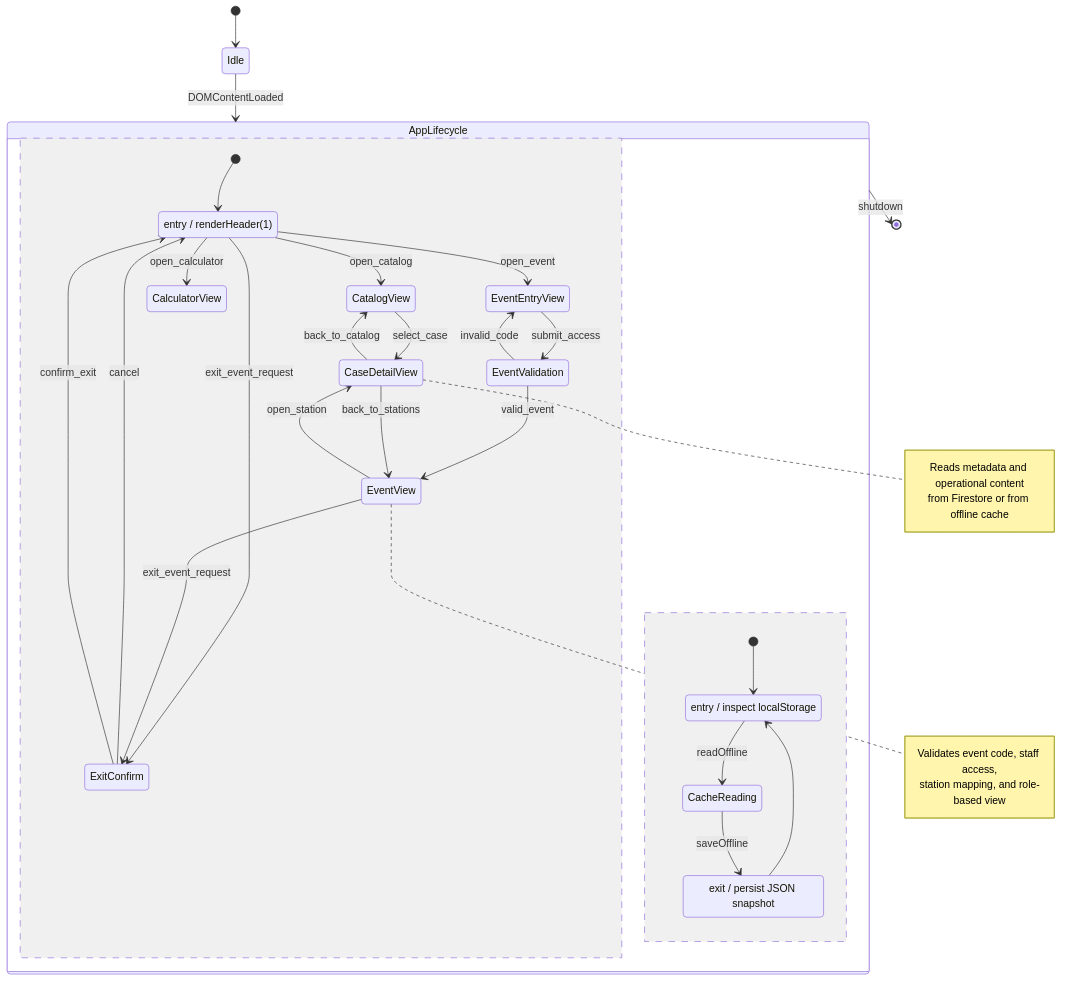
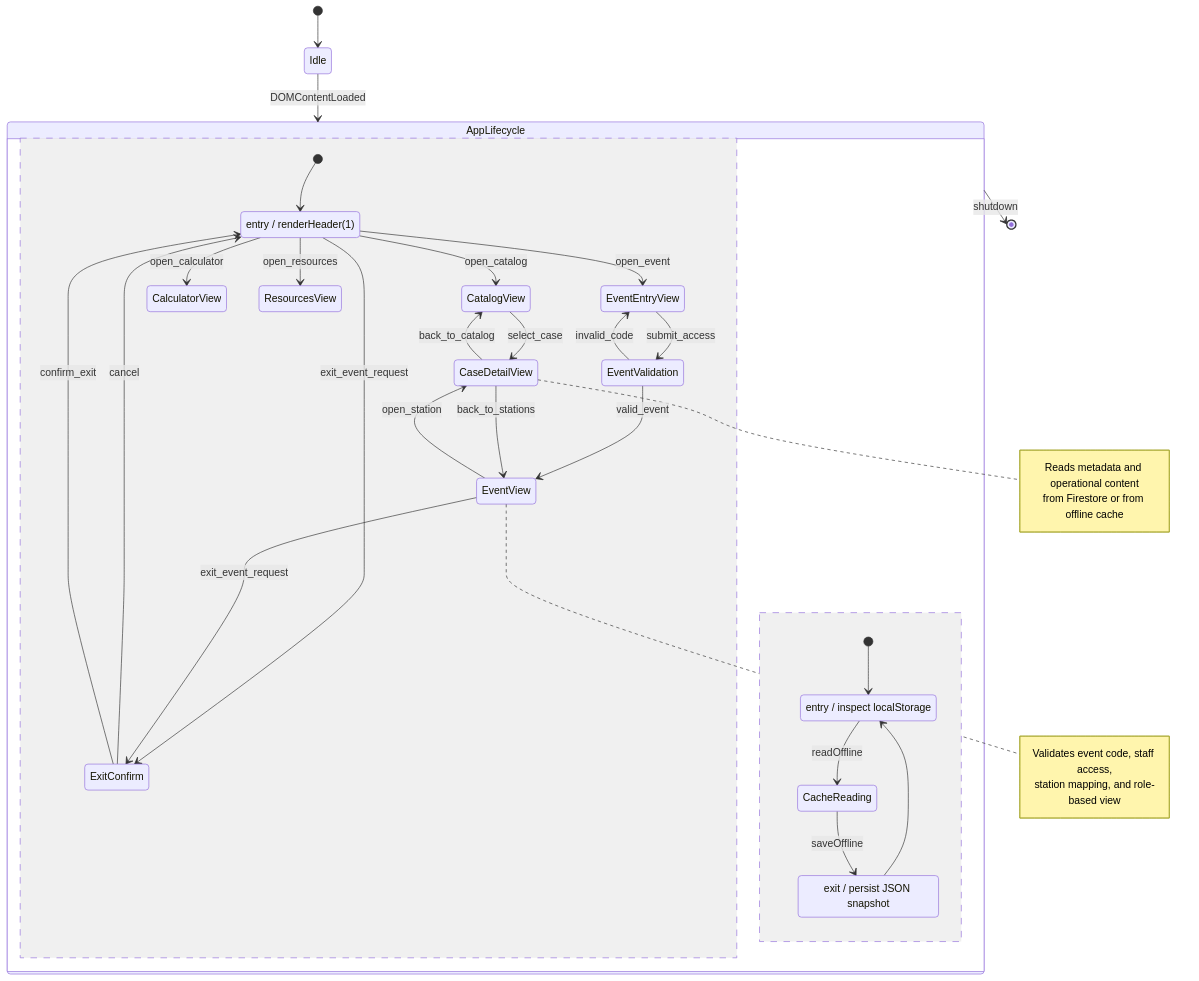
Before and after one commit to juanpagg15ug/mi-proyecto: the diagram in Untitled-1.mmd, drawn with Mermaid.

```diff
--- a/Untitled-1.mmd
+++ b/Untitled-1.mmd
@@ -1,54 +1,55 @@
 ---
 references:
   - "File: /public/js/app.js"
   - "File: /public/js/offlineCache.js"
   - "File: /public/js/views/caseDetailView.js"
   - "File: /public/js/views/eventView.js"
-generationTime: 2026-08-13T05:45:29.073Z
+generationTime: 2026-08-14T16:06:19.228Z
 ---
 stateDiagram-v2
     [*] --> Idle
     Idle --> AppLifecycle : DOMContentLoaded
 
     state AppLifecycle {
         [*] --> Ready
         Ready : entry / renderHeader(1)
         Ready --> CatalogView : open_catalog
         Ready --> EventEntryView : open_event
         Ready --> CalculatorView : open_calculator
         Ready --> ExitConfirm : exit_event_request
+        Ready --> ResourcesView : open_resources
 
         CatalogView --> CaseDetailView : select_case
         CaseDetailView --> CatalogView : back_to_catalog
 
         EventEntryView --> EventValidation : submit_access
         EventValidation --> EventView : valid_event
         EventValidation --> EventEntryView : invalid_code
 
         EventView --> CaseDetailView : open_station
         CaseDetailView --> EventView : back_to_stations
         EventView --> ExitConfirm : exit_event_request
 
         ExitConfirm --> Ready : cancel
         ExitConfirm --> Ready : confirm_exit
 
         --
         [*] --> CacheIdle
         CacheIdle : entry / inspect localStorage
         CacheIdle --> CacheReading : readOffline
         CacheReading --> CacheWriting : saveOffline
         CacheWriting : exit / persist JSON snapshot
         CacheWriting --> CacheIdle
     }
 
     AppLifecycle --> [*] : shutdown
 
     note right of CaseDetailView
         Reads metadata and operational content
         from Firestore or from offline cache
     end note
 
     note right of EventView
         Validates event code, staff access,
         station mapping, and role-based view
     end note
```
